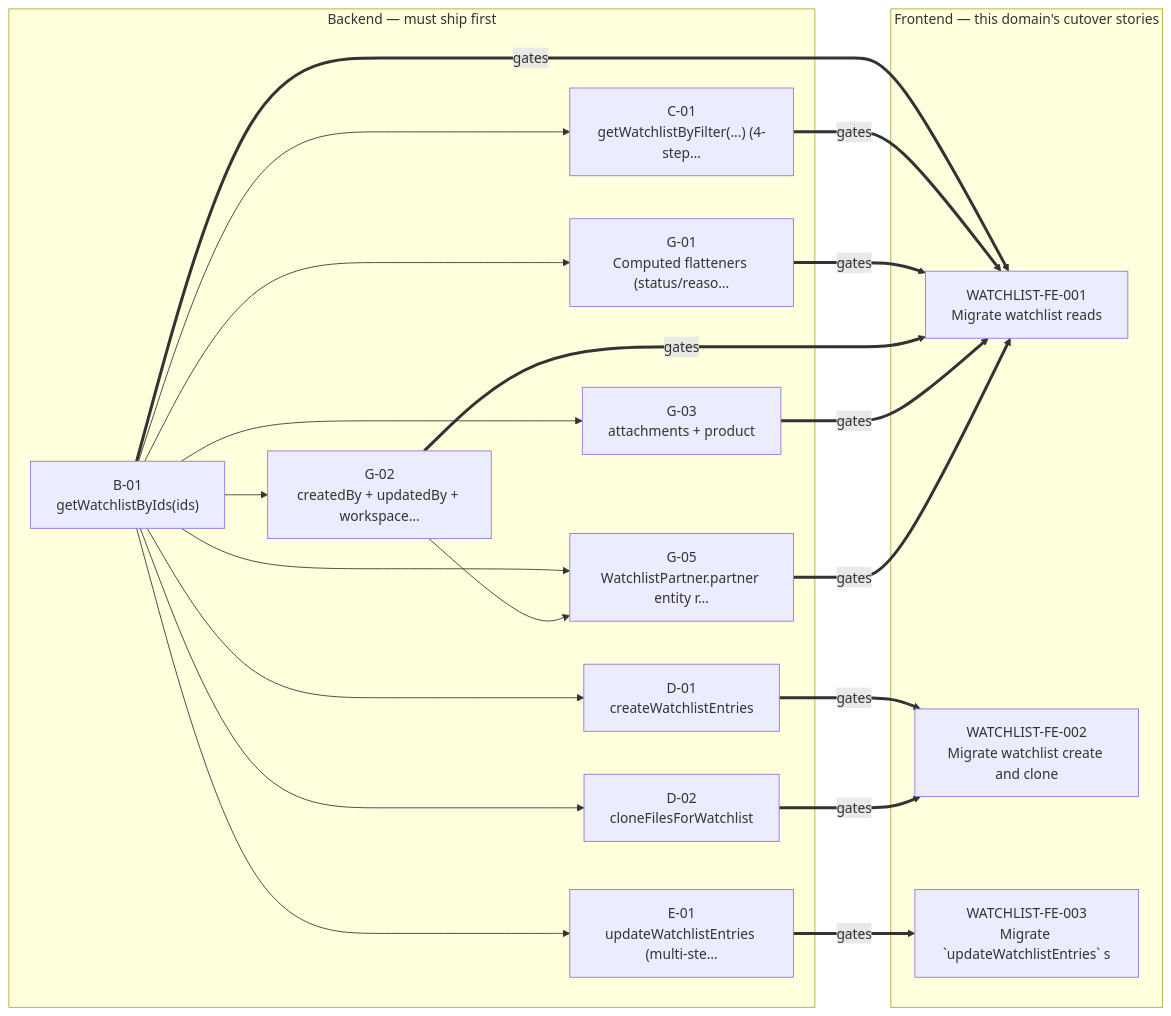
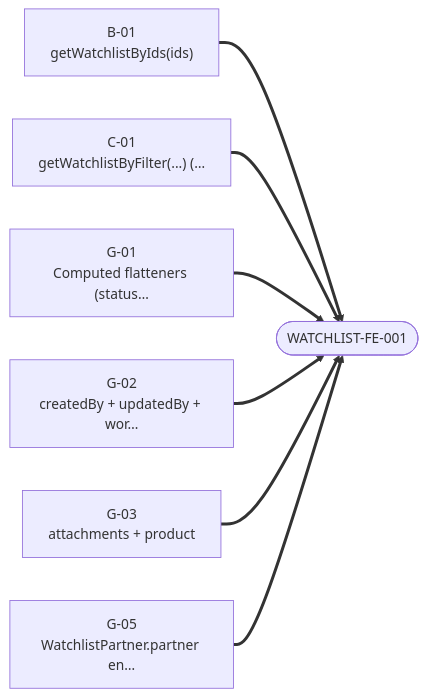
Before and after one commit to SarithaMathai/migration: the second of 4 diagrams in finalArtifacts/summary/watchlist/story-dependency-graph-watchlist.md, drawn with Mermaid. The commit also changed other lines of this file and 27 other files, not shown here.

First line of the commit message:
Redesign story dependency graphs for legibility

````diff
--- a/finalArtifacts/summary/watchlist/story-dependency-graph-watchlist.md
+++ b/finalArtifacts/summary/watchlist/story-dependency-graph-watchlist.md
@@ -56,37 +64,16 @@
 ```mermaid
 flowchart LR
-  subgraph BE["Backend — must ship first"]
-    NB_01["B-01<br/>getWatchlistByIds(ids)"]
-    NC_01["C-01<br/>getWatchlistByFilter(...) (4-step…"]
-    ND_01["D-01<br/>createWatchlistEntries"]
-    ND_02["D-02<br/>cloneFilesForWatchlist"]
-    NE_01["E-01<br/>updateWatchlistEntries (multi-ste…"]
-    NG_01["G-01<br/>Computed flatteners (status/reaso…"]
-    NG_02["G-02<br/>createdBy + updatedBy + workspace…"]
-    NG_03["G-03<br/>attachments + product"]
-    NG_05["G-05<br/>WatchlistPartner.partner entity r…"]
-  end
-  subgraph FE["Frontend — this domain's cutover stories"]
-    NWATCHLIST_FE_001["WATCHLIST-FE-001<br/>Migrate watchlist reads"]
-    NWATCHLIST_FE_002["WATCHLIST-FE-002<br/>Migrate watchlist create and clone"]
-    NWATCHLIST_FE_003["WATCHLIST-FE-003<br/>Migrate `updateWatchlistEntries` s"]
-  end
-  NB_01 --> NG_05
-  NG_02 --> NG_05
-  NB_01 --> NG_03
-  NB_01 --> NC_01
-  NB_01 --> NG_02
-  NB_01 --> NG_01
-  NB_01 --> ND_02
-  NB_01 --> ND_01
-  NB_01 --> NE_01
-  NB_01 ==>|gates| NWATCHLIST_FE_001
-  NC_01 ==>|gates| NWATCHLIST_FE_001
-  NG_01 ==>|gates| NWATCHLIST_FE_001
-  NG_02 ==>|gates| NWATCHLIST_FE_001
-  NG_03 ==>|gates| NWATCHLIST_FE_001
-  NG_05 ==>|gates| NWATCHLIST_FE_001
-  ND_01 ==>|gates| NWATCHLIST_FE_002
-  ND_02 ==>|gates| NWATCHLIST_FE_002
-  NE_01 ==>|gates| NWATCHLIST_FE_003
+  NB_01["B-01<br/>getWatchlistByIds(ids)"]
+  NC_01["C-01<br/>getWatchlistByFilter(...) (…"]
+  NG_01["G-01<br/>Computed flatteners (status…"]
+  NG_02["G-02<br/>createdBy + updatedBy + wor…"]
+  NG_03["G-03<br/>attachments + product"]
+  NG_05["G-05<br/>WatchlistPartner.partner en…"]
+  NWATCHLIST_FE_001(["WATCHLIST-FE-001"])
+  NB_01 ==> NWATCHLIST_FE_001
+  NC_01 ==> NWATCHLIST_FE_001
+  NG_01 ==> NWATCHLIST_FE_001
+  NG_02 ==> NWATCHLIST_FE_001
+  NG_03 ==> NWATCHLIST_FE_001
+  NG_05 ==> NWATCHLIST_FE_001
 ```
````
